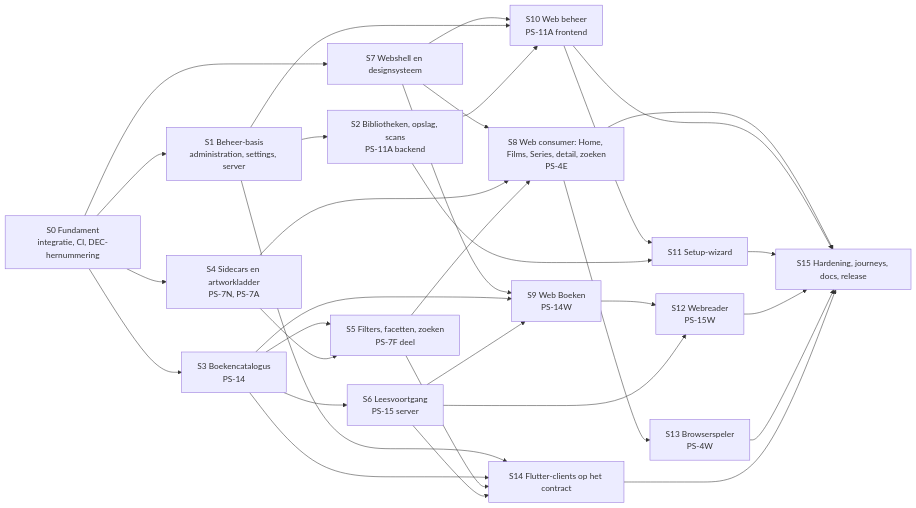
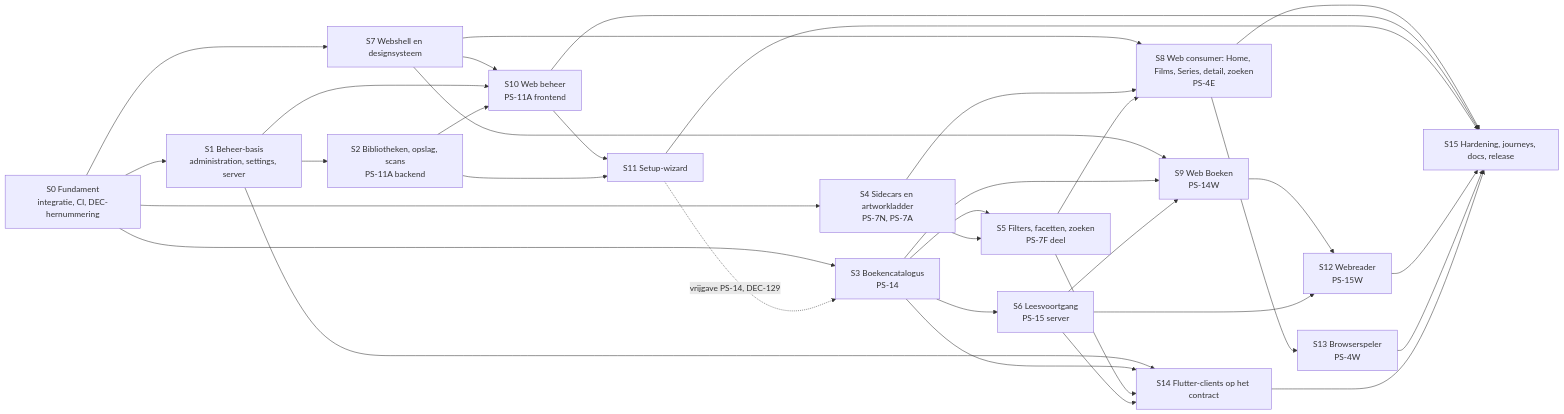
One commit to michelknoop21/pleya changed the diagram in docs/pleya-server-rebaseline/I-master-implementation-plan.md. Above: the diagram before and after it, drawn with Mermaid. The commit also changed other lines of this file and 2 other files, not shown here.

````diff
--- a/docs/pleya-server-rebaseline/I-master-implementation-plan.md
+++ b/docs/pleya-server-rebaseline/I-master-implementation-plan.md
@@ -11,35 +11,36 @@
 ```mermaid
 flowchart LR
   S0["S0 Fundament<br/>integratie, CI, DEC-hernummering"] --> S1["S1 Beheer-basis<br/>administration, settings, server"]
   S0 --> S3["S3 Boekencatalogus<br/>PS-14"]
   S0 --> S4["S4 Sidecars en artworkladder<br/>PS-7N, PS-7A"]
   S0 --> S7["S7 Webshell en designsysteem"]
   S1 --> S2["S2 Bibliotheken, opslag, scans<br/>PS-11A backend"]
   S3 --> S5["S5 Filters, facetten, zoeken<br/>PS-7F deel"]
   S4 --> S5
   S3 --> S6["S6 Leesvoortgang<br/>PS-15 server"]
   S7 --> S8["S8 Web consumer: Home, Films, Series, detail, zoeken<br/>PS-4E"]
   S4 --> S8
   S5 --> S8
   S7 --> S9["S9 Web Boeken<br/>PS-14W"]
   S3 --> S9
   S6 --> S9
   S7 --> S10["S10 Web beheer<br/>PS-11A frontend"]
   S1 --> S10
   S2 --> S10
   S10 --> S11["S11 Setup-wizard"]
   S2 --> S11
+  S11 -. "vrijgave PS-14, DEC-129" .-> S3
   S9 --> S12["S12 Webreader<br/>PS-15W"]
   S6 --> S12
   S8 --> S13["S13 Browserspeler<br/>PS-4W"]
   S1 --> S14["S14 Flutter-clients op het contract"]
   S3 --> S14
   S5 --> S14
   S6 --> S14
   S8 --> S15["S15 Hardening, journeys, docs, release"]
   S10 --> S15
   S11 --> S15
   S12 --> S15
   S13 --> S15
   S14 --> S15
 ```
````
